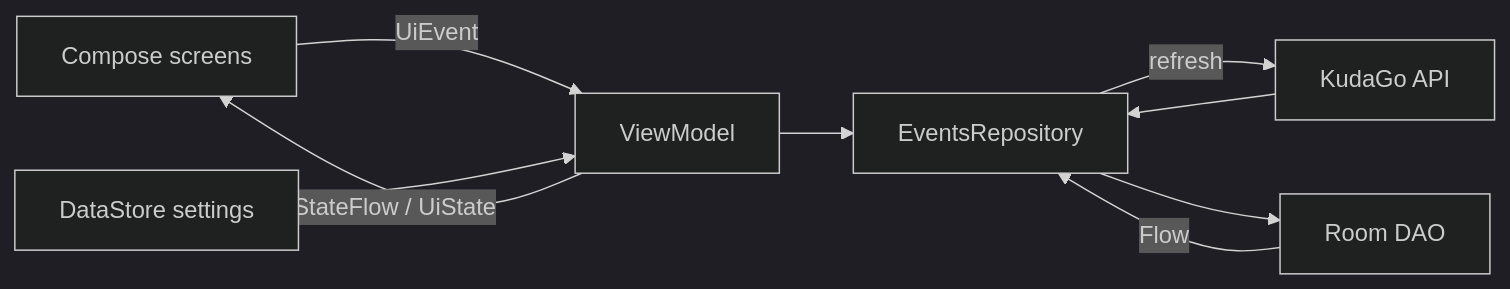
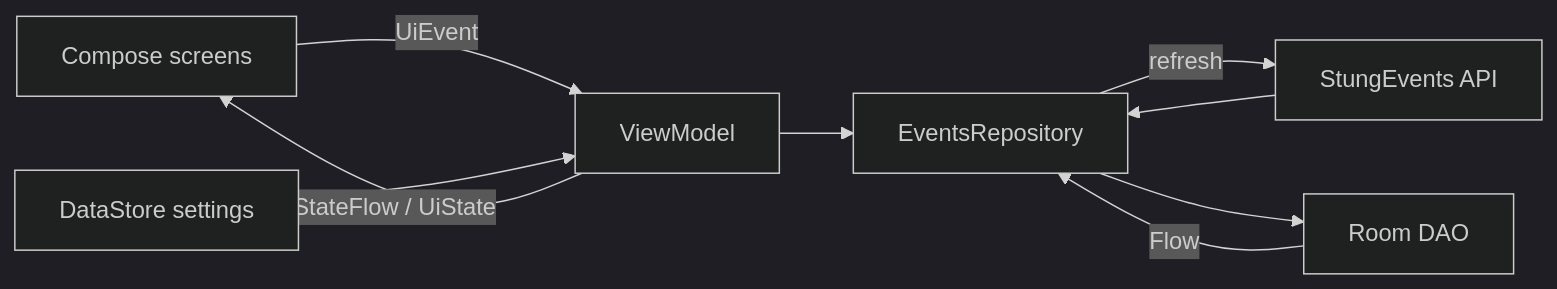
Before and after one commit to AbdulGus/kotin-kt: the diagram in README.md, drawn with Mermaid (dark theme). The commit also changed other lines of this file and 15 other files, not shown here.

Commit message:
Use StungEvents public API for live city events

````diff
--- a/README.md
+++ b/README.md
@@ -33,11 +33,11 @@
 ```mermaid
 flowchart LR
     UI[Compose screens] -->|UiEvent| VM[ViewModel]
     VM -->|StateFlow / UiState| UI
     VM --> R[EventsRepository]
-    R -->|refresh| API[KudaGo API]
+    R -->|refresh| API[StungEvents API]
     API --> R
     R --> DAO[Room DAO]
     DAO -->|Flow| R
     DS[DataStore settings] --> VM
 ```
````
